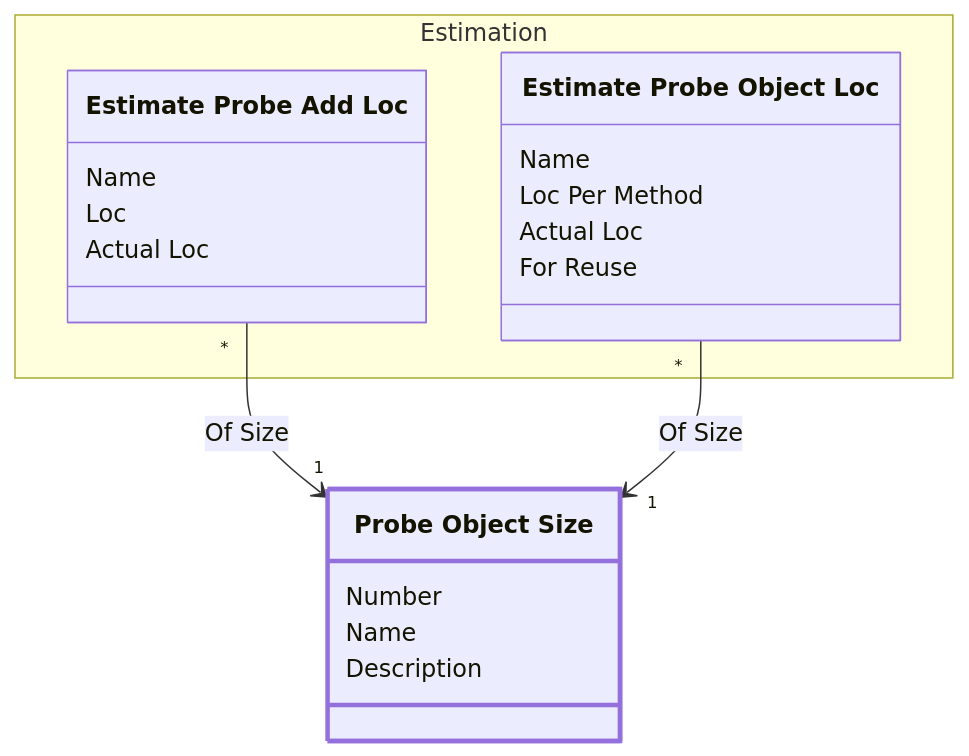
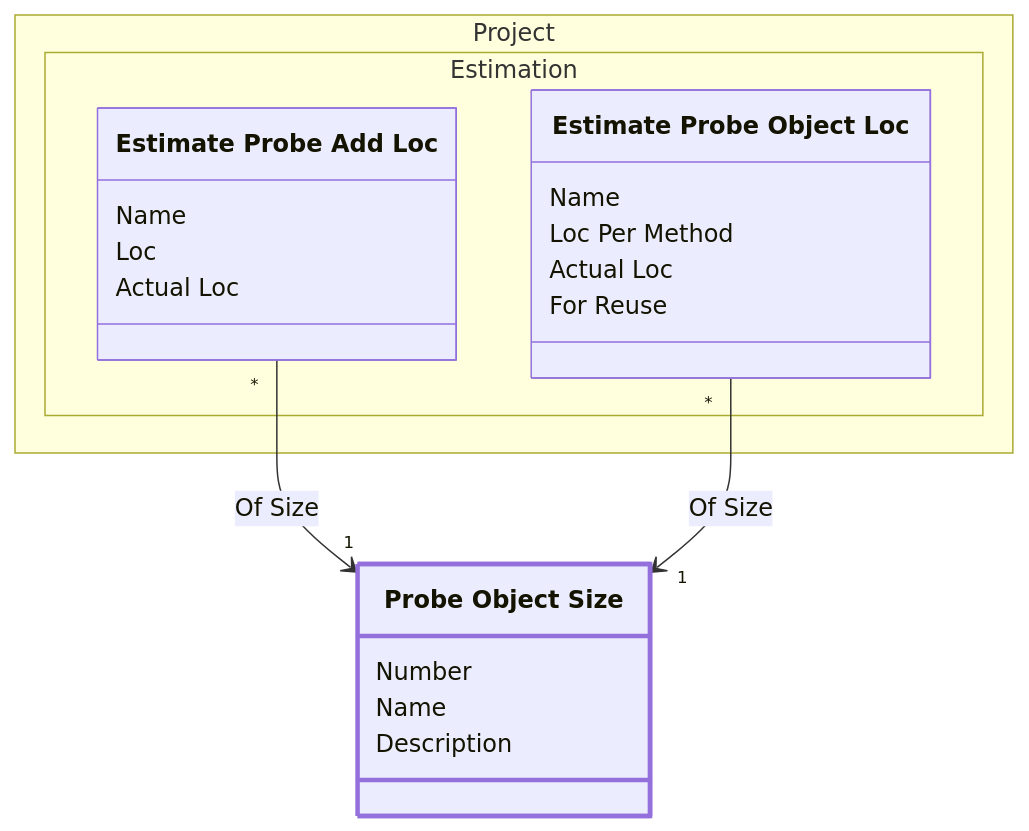
The diagram in examples/requirements/req/output/development/class-domain.process.subdomain.definition.class.probe_object_size.md (glemzurg/glemzurg), drawn with Mermaid before and after one commit. The commit also changed other lines of this file and 116 other files, not shown here.

````diff
--- a/examples/requirements/req/output/development/class-domain.process.subdomain.definition.class.probe_object_size.md
+++ b/examples/requirements/req/output/development/class-domain.process.subdomain.definition.class.probe_object_size.md
@@ -25,30 +25,30 @@
 ```mermaid
 ---
 config:
   class:
     hideEmptyMembersBox: true
 ---
 classDiagram
 class class_domain_process_subdomain_definition_class_probe_object_size["Probe Object Size"] {
         Number
         Name
         Description
     }
-namespace Estimation {
-class class_domain_process_subdomain_estimation_class_estimate_probe_add_loc["Estimate Probe Add Loc"] {
+namespace Project.Estimation {
+class class_domain_project_subdomain_estimation_class_estimate_probe_add_loc["Estimate Probe Add Loc"] {
             Name
             Loc
             Actual Loc
         }
-class class_domain_process_subdomain_estimation_class_estimate_probe_object_loc["Estimate Probe Object Loc"] {
+class class_domain_project_subdomain_estimation_class_estimate_probe_object_loc["Estimate Probe Object Loc"] {
             Name
             Loc Per Method
             Actual Loc
             For Reuse
         }
 }
 style class_domain_process_subdomain_definition_class_probe_object_size stroke:#9370DB,stroke-width:3px
-class_domain_process_subdomain_estimation_class_estimate_probe_add_loc "*" --> "1" class_domain_process_subdomain_definition_class_probe_object_size : Of Size
-class_domain_process_subdomain_estimation_class_estimate_probe_object_loc "*" --> "1" class_domain_process_subdomain_definition_class_probe_object_size : Of Size
+class_domain_project_subdomain_estimation_class_estimate_probe_add_loc "*" --> "1" class_domain_process_subdomain_definition_class_probe_object_size : Of Size
+class_domain_project_subdomain_estimation_class_estimate_probe_object_loc "*" --> "1" class_domain_process_subdomain_definition_class_probe_object_size : Of Size
 
 ```
````
